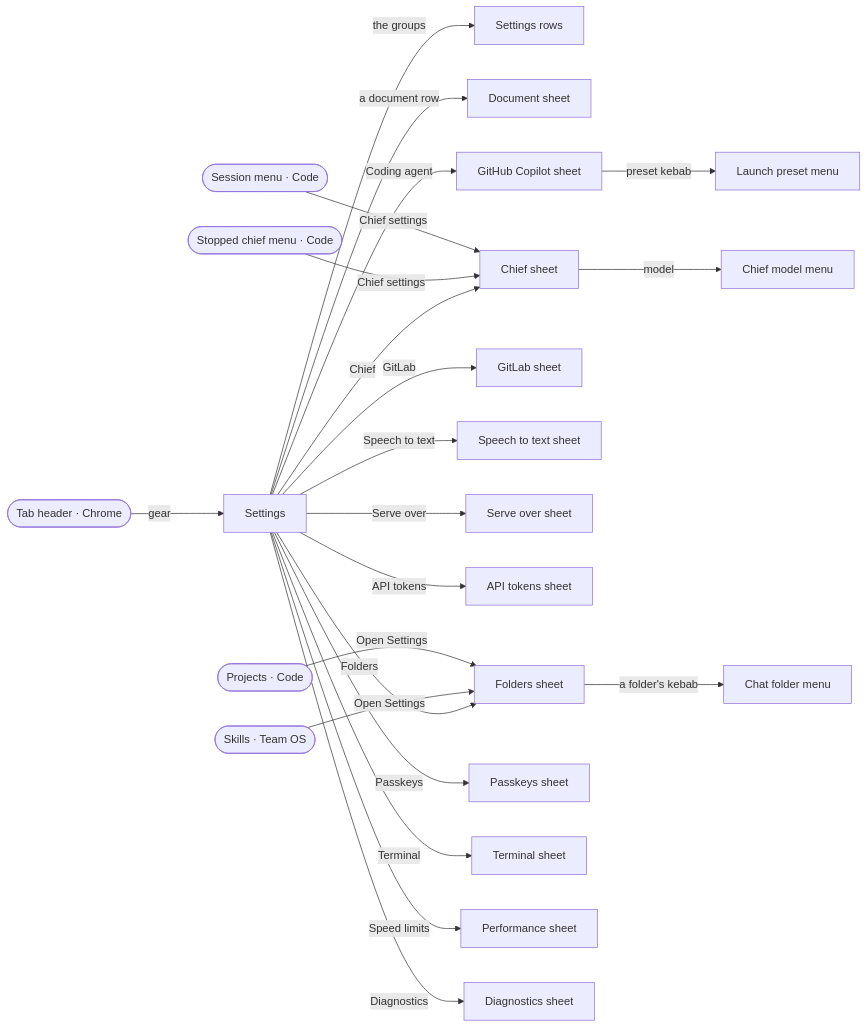
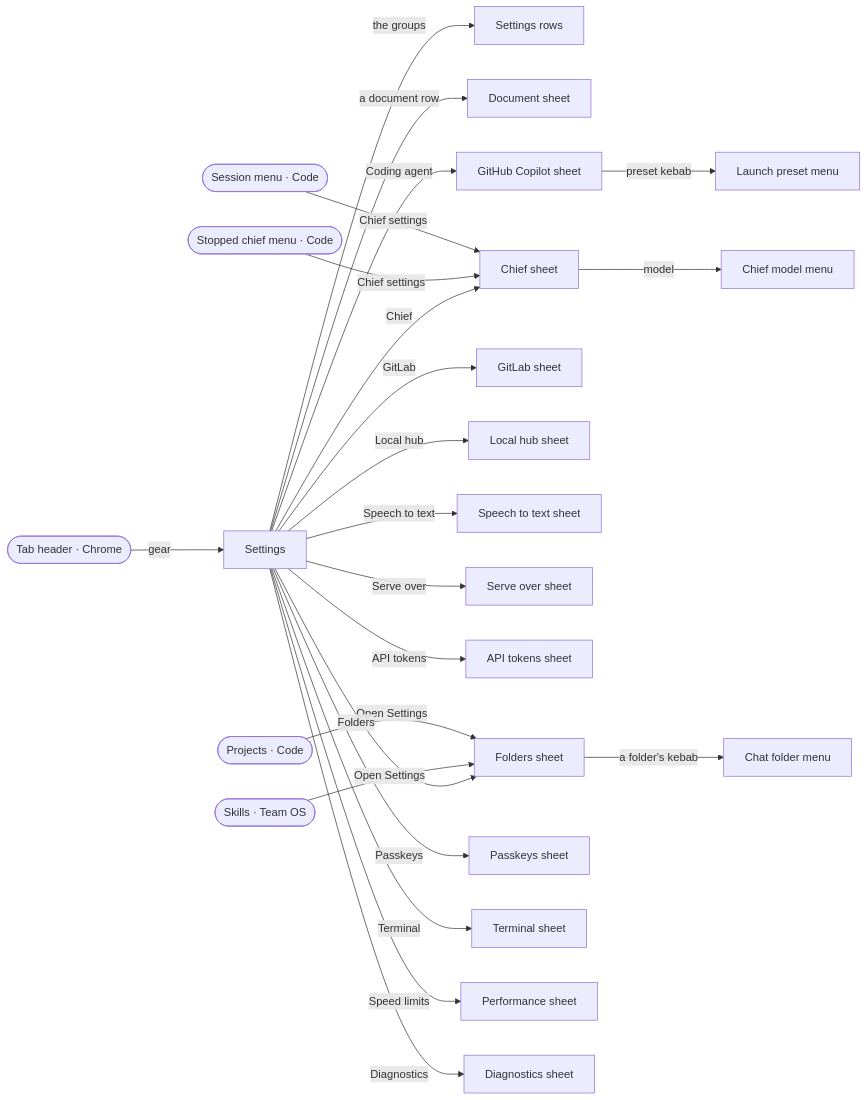
The tenth of 11 diagrams in docs/ux-surface-map.md (ferraroroberto/app-launcher-lite), drawn with Mermaid before and after one commit. The commit also changed other lines of this file and 17 other files, not shown here.

First line of the commit message:
feat: set the hub URL from Settings, checked against the hub before saving (#662)

````diff
--- a/docs/ux-surface-map.md
+++ b/docs/ux-surface-map.md
@@ -1416,46 +1416,48 @@
 ```mermaid
 flowchart LR
   s88["Settings"]
   s89["Settings rows"]
   s90["Document sheet"]
   s91["GitHub Copilot sheet"]
   s92["Chief sheet"]
   s93["Chief model menu"]
   s94["GitLab sheet"]
-  s95["Speech to text sheet"]
-  s96["Serve over sheet"]
-  s97["Launch preset menu"]
-  s98["API tokens sheet"]
-  s99["Folders sheet"]
-  s100["Chat folder menu"]
-  s101["Passkeys sheet"]
-  s102["Terminal sheet"]
-  s103["Performance sheet"]
-  s104["Diagnostics sheet"]
+  s95["Local hub sheet"]
+  s96["Speech to text sheet"]
+  s97["Serve over sheet"]
+  s98["Launch preset menu"]
+  s99["API tokens sheet"]
+  s100["Folders sheet"]
+  s101["Chat folder menu"]
+  s102["Passkeys sheet"]
+  s103["Terminal sheet"]
+  s104["Performance sheet"]
+  s105["Diagnostics sheet"]
   s1(["Tab header · Chrome"])
   s15(["Session menu · Code"])
   s16(["Stopped chief menu · Code"])
   s17(["Projects · Code"])
   s66(["Skills · Team OS"])
   s1 -->|"gear"| s88
   s15 -->|"Chief settings"| s92
   s16 -->|"Chief settings"| s92
-  s17 -->|"Open Settings"| s99
-  s66 -->|"Open Settings"| s99
+  s17 -->|"Open Settings"| s100
+  s66 -->|"Open Settings"| s100
   s88 -->|"the groups"| s89
   s88 -->|"a document row"| s90
   s88 -->|"Coding agent"| s91
   s88 -->|"Chief"| s92
   s88 -->|"GitLab"| s94
-  s88 -->|"Speed limits"| s103
-  s88 -->|"Serve over"| s96
-  s88 -->|"Speech to text"| s95
-  s88 -->|"API tokens"| s98
-  s88 -->|"Folders"| s99
-  s88 -->|"Passkeys"| s101
-  s88 -->|"Terminal"| s102
-  s88 -->|"Diagnostics"| s104
-  s91 -->|"preset kebab"| s97
+  s88 -->|"Speed limits"| s104
+  s88 -->|"Serve over"| s97
+  s88 -->|"Speech to text"| s96
+  s88 -->|"Local hub"| s95
+  s88 -->|"API tokens"| s99
+  s88 -->|"Folders"| s100
+  s88 -->|"Passkeys"| s102
+  s88 -->|"Terminal"| s103
+  s88 -->|"Diagnostics"| s105
+  s91 -->|"preset kebab"| s98
   s92 -->|"model"| s93
-  s99 -->|"a folder's kebab"| s100
+  s100 -->|"a folder's kebab"| s101
 ```
````
